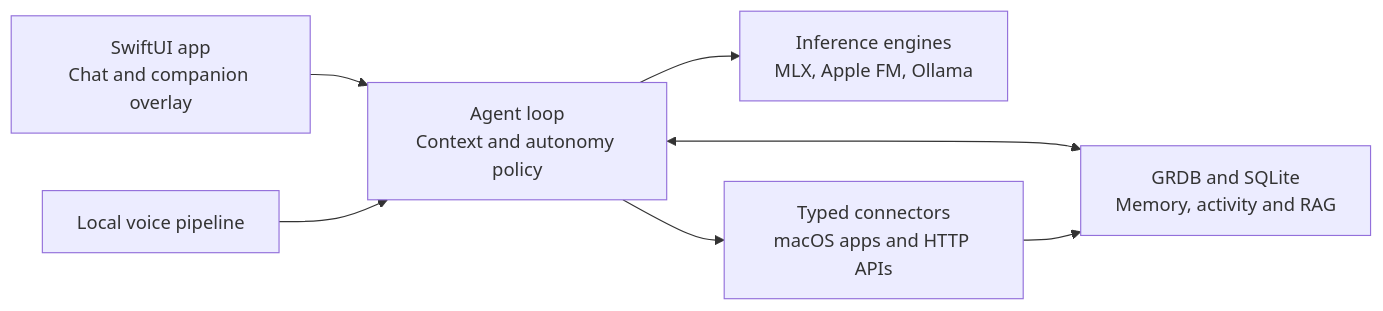
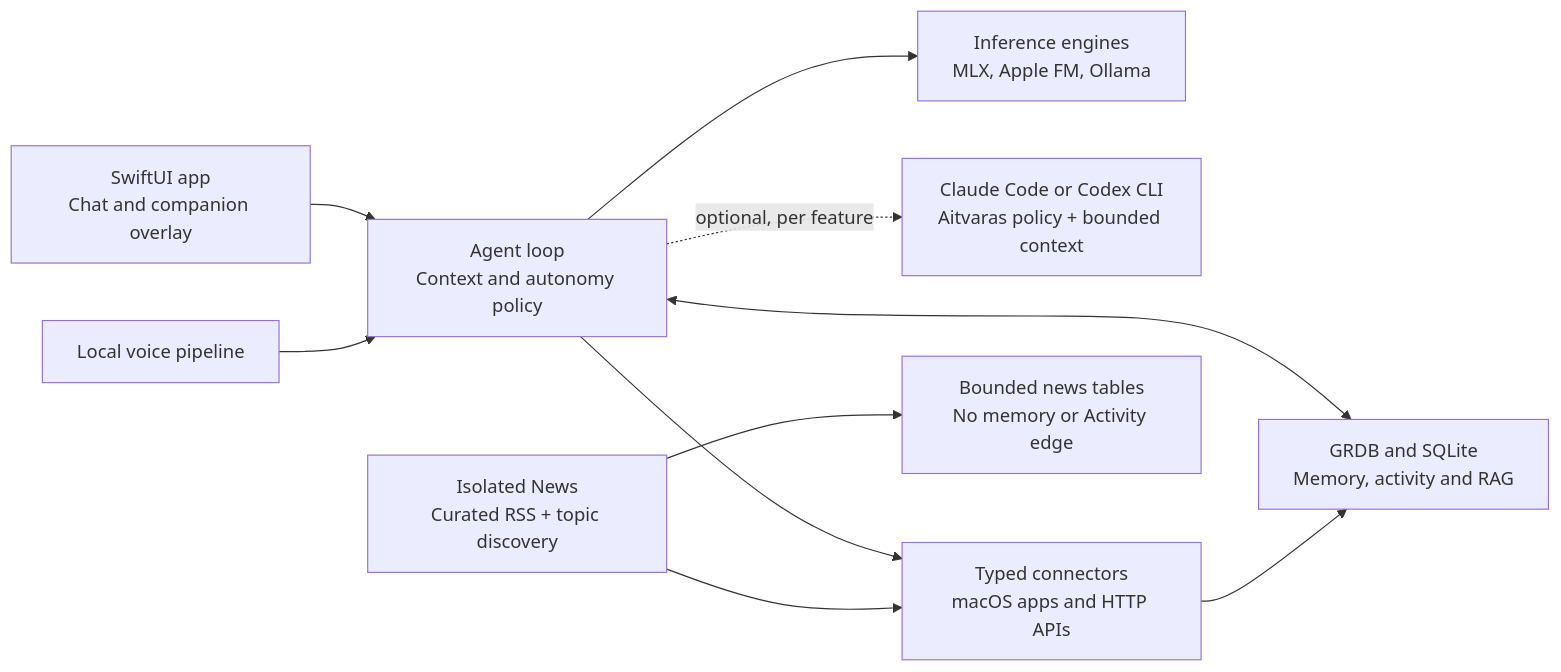
One commit to leonardmo/Aitvaras changed the diagram in README.md. Above: the diagram before and after it, drawn with Mermaid. The commit also changed other lines of this file and 323 other files, not shown here.

````diff
--- a/README.md
+++ b/README.md
@@ -130,9 +190,12 @@
 ```mermaid
 flowchart LR
     UI["SwiftUI app<br/>Chat and companion overlay"] --> Agent["Agent loop<br/>Context and autonomy policy"]
     Voice["Local voice pipeline"] --> Agent
     Agent --> Models["Inference engines<br/>MLX, Apple FM, Ollama"]
+    Agent -. "optional, per feature" .-> Cloud["Claude Code or Codex CLI<br/>Aitvaras policy + bounded context"]
     Agent --> Connectors["Typed connectors<br/>macOS apps and HTTP APIs"]
     Agent <--> Store["GRDB and SQLite<br/>Memory, activity and RAG"]
     Connectors --> Store
+    News["Isolated News<br/>Curated RSS + topic discovery"] --> Connectors
+    News --> NewsStore["Bounded news tables<br/>No memory or Activity edge"]
 ```
````
